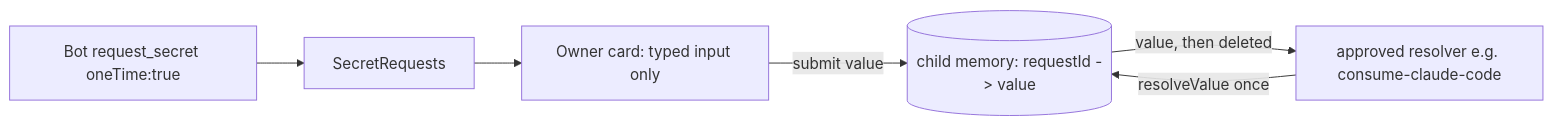
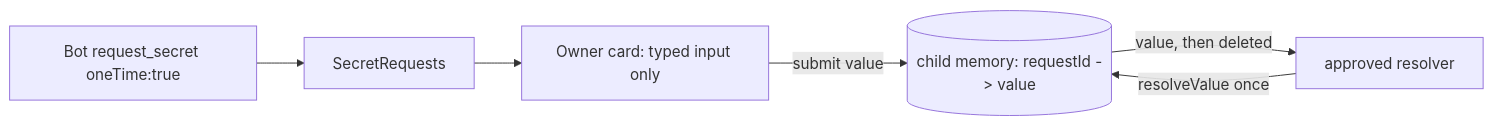
Before and after one commit to kitepon/BellTeam: the eighth of 8 diagrams in docs/architecture/modules/usage/secret-credentials.md, drawn with Mermaid. The commit also changed other lines of this file and 17 other files, not shown here.

Commit message:
a508: retire the submitted-secret consumer side (approval wrapper/bridge/owner, verify script, consumer, rabbit client, consume-claude-code route)

````diff
--- a/docs/architecture/modules/usage/secret-credentials.md
+++ b/docs/architecture/modules/usage/secret-credentials.md
@@ -288,8 +288,8 @@
 ```mermaid
 flowchart LR
   Bot[Bot request_secret oneTime:true] --> R[SecretRequests]
   R --> C[Owner card: typed input only]
   C -->|submit value| M[(child memory: requestId -> value)]
-  Consumer[approved resolver e.g. consume-claude-code] -->|resolveValue once| M
+  Consumer[approved resolver] -->|resolveValue once| M
   M -->|value, then deleted| Consumer
 ```
````
